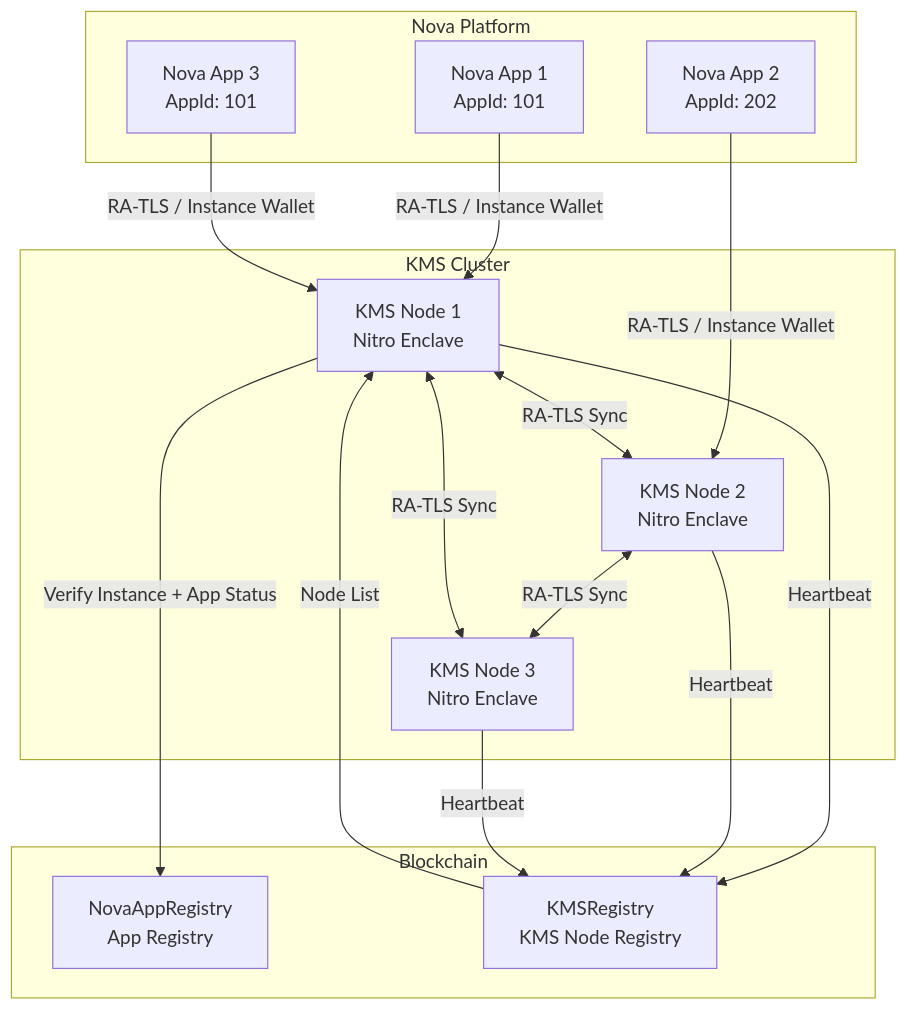
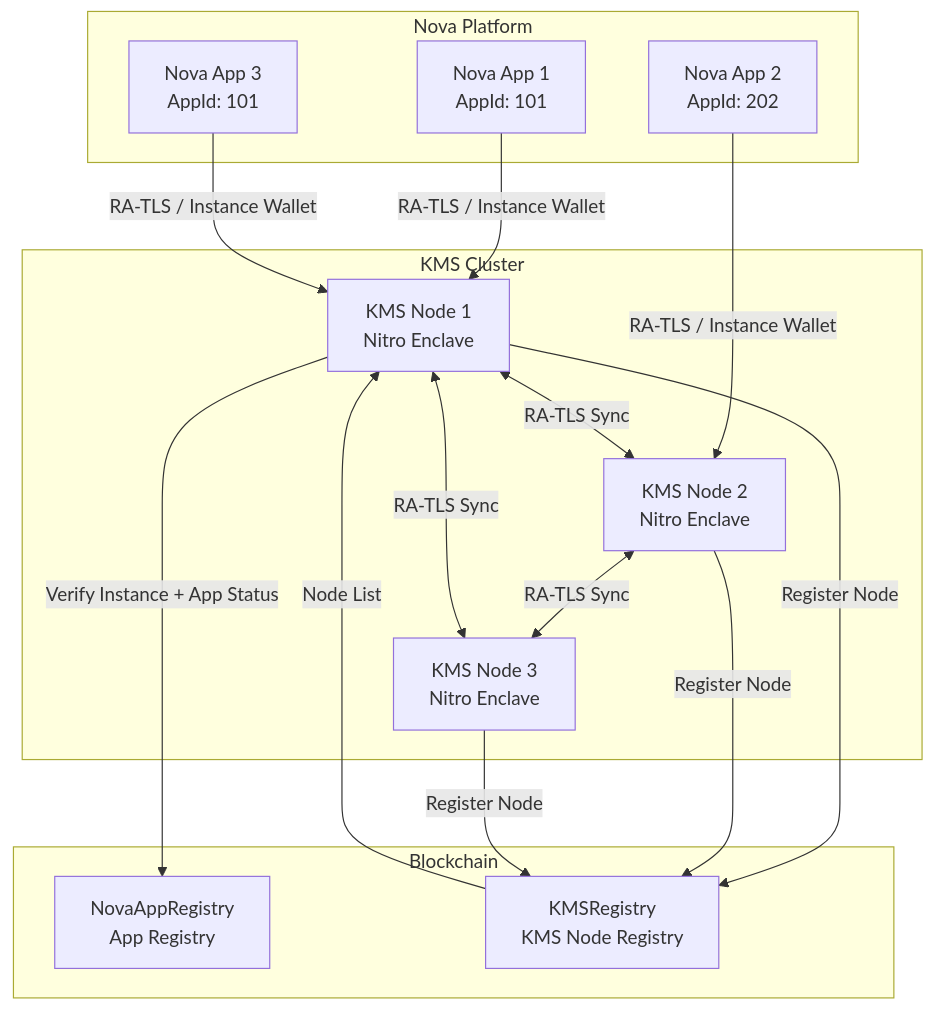
Before and after one commit to sparsity-xyz/nova-kms: the first of 4 diagrams in docs/architecture.md, drawn with Mermaid. The commit also changed other lines of this file, not shown here.

````diff
--- a/docs/architecture.md
+++ b/docs/architecture.md
@@ -7,34 +7,34 @@
 ```mermaid
 graph TB
     subgraph "Nova Platform"
         App1[Nova App 1<br/>AppId: 101]
         App2[Nova App 2<br/>AppId: 202]
         App3[Nova App 3<br/>AppId: 101]
     end
     
     subgraph "KMS Cluster"
         KMS1[KMS Node 1<br/>Nitro Enclave]
         KMS2[KMS Node 2<br/>Nitro Enclave]
         KMS3[KMS Node 3<br/>Nitro Enclave]
     end
     
     subgraph "Blockchain"
         Registry[NovaAppRegistry<br/>App Registry]
         KMSContract[KMSRegistry<br/>KMS Node Registry]
     end
     
     App1 -->|RA-TLS / Instance Wallet| KMS1
     App2 -->|RA-TLS / Instance Wallet| KMS2
     App3 -->|RA-TLS / Instance Wallet| KMS1
     
     KMS1 <-->|RA-TLS Sync| KMS2
     KMS2 <-->|RA-TLS Sync| KMS3
     KMS1 <-->|RA-TLS Sync| KMS3
     
-    KMS1 -->|Heartbeat| KMSContract
-    KMS2 -->|Heartbeat| KMSContract
-    KMS3 -->|Heartbeat| KMSContract
+    KMS1 -->|Register Node| KMSContract
+    KMS2 -->|Register Node| KMSContract
+    KMS3 -->|Register Node| KMSContract
     
     KMS1 -->|Verify Instance + App Status| Registry
     KMSContract -->|Node List| KMS1
 ```
````
